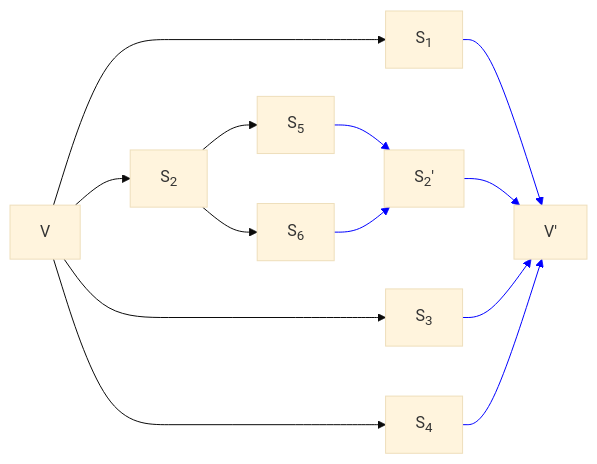
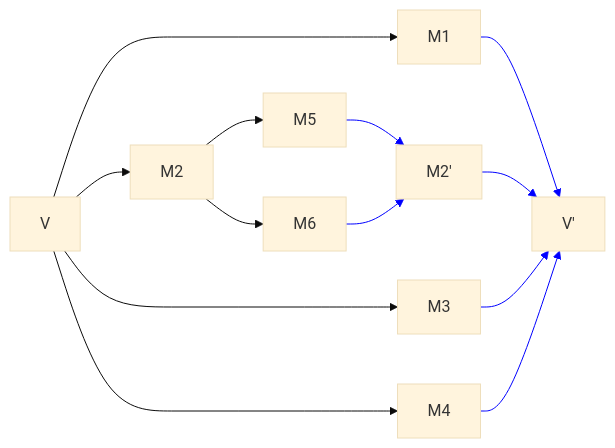
Before and after one commit to brevzin/brevzin.github.io: the fifth of 5 diagrams in _posts/2024-08-01-cnttp.md, drawn with Mermaid (base theme). The commit also changed other lines of this file, not shown here.

````diff
--- a/_posts/2024-08-01-cnttp.md
+++ b/_posts/2024-08-01-cnttp.md
@@ -229,20 +269,20 @@
 ```mermaid
 graph LR
-    V --> S1[S<sub>1</sub>]
-    V --> S2[S<sub>2</sub>]
-    V --> S3[S<sub>3</sub>]
-    V --> S4[S<sub>4</sub>]
+    V --> M1
+    V --> M2
+    V --> M3
+    V --> M4
 
-    S2 --> S5[S<sub>5</sub>]
-    S2 --> S6[S<sub>6</sub>]
+    M2 --> M5
+    M2 --> M6
 
-    S5 --> S22["S<sub>2</sub>′"]
-    S6 --> S22
+    M5 --> M22["M2′"]
+    M6 --> M22
 
-    S1 --> V2["V′"]
-    S22 --> V2
-    S3 --> V2
-    S4 --> V2
+    M1 --> V2["V′"]
+    M22 --> V2
+    M3 --> V2
+    M4 --> V2
 
     linkStyle 6,7,8,9,10,11 stroke:blue;
 ```
````
